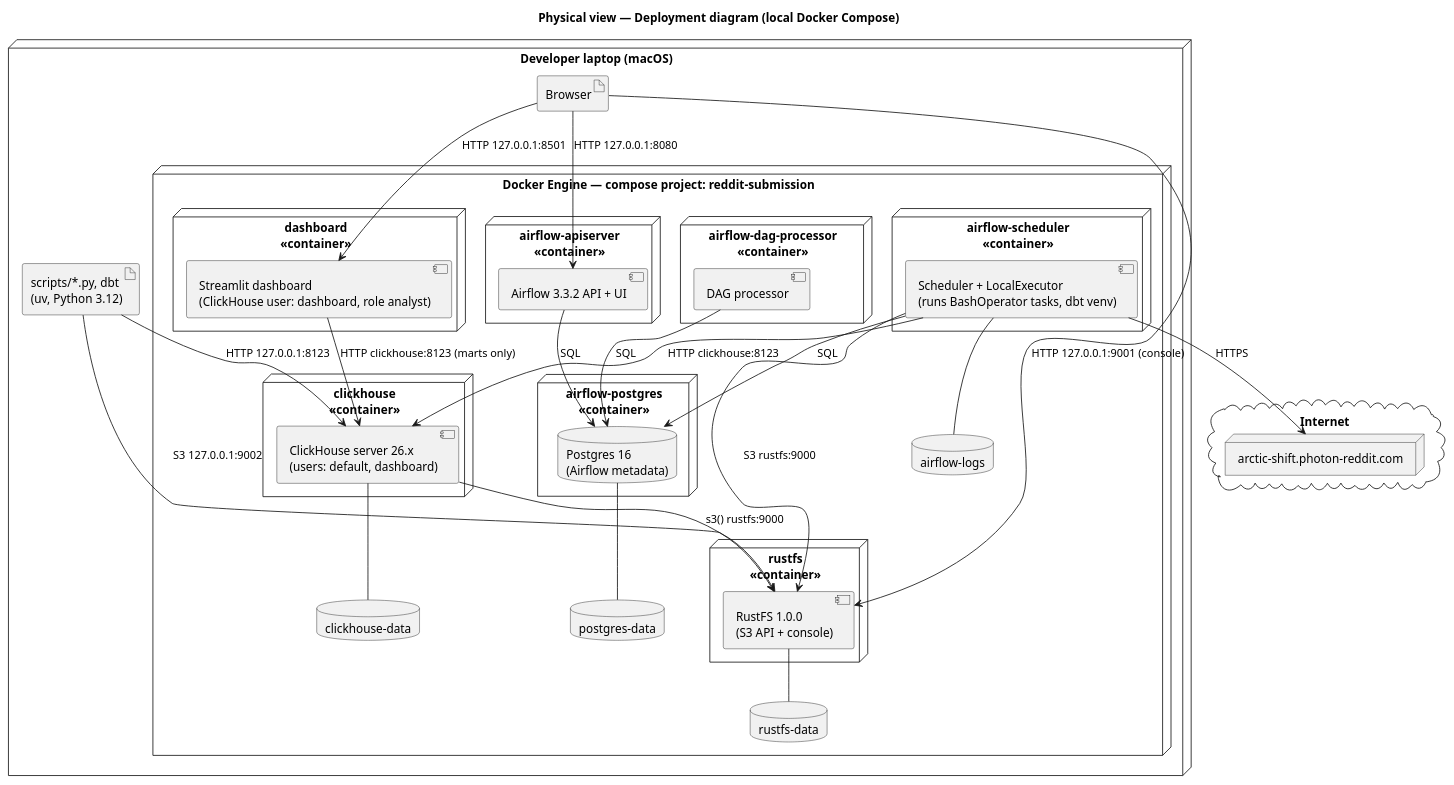
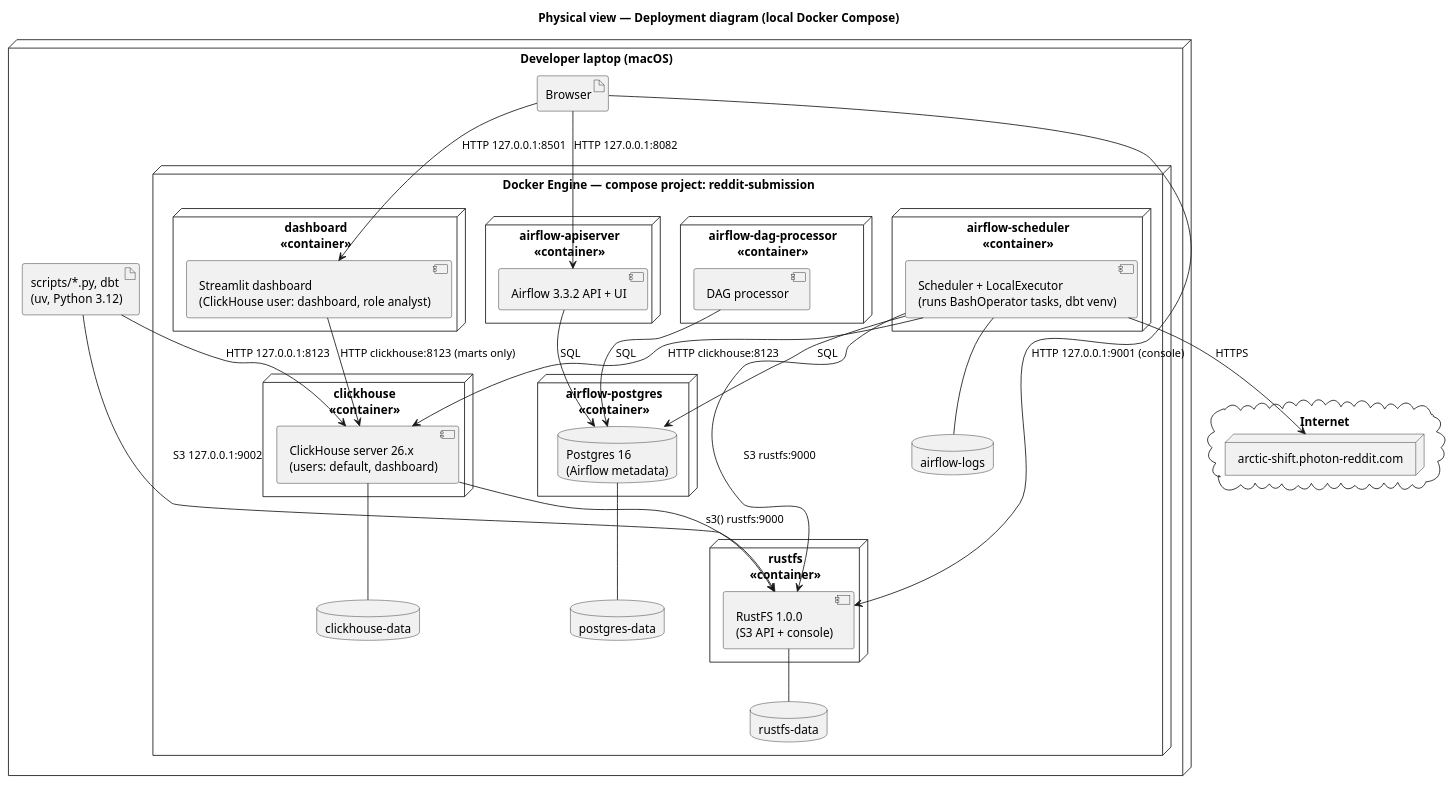
Before and after one commit to modsomjeed/reddit-dataeng: the diagram in docs/architecture/diagrams/deployment.puml, drawn with PlantUML. The commit also changed 5 other files, not shown here.

```diff
--- a/docs/architecture/diagrams/deployment.puml
+++ b/docs/architecture/diagrams/deployment.puml
@@ -1,60 +1,60 @@
 @startuml deployment
 title Physical view — Deployment diagram (local Docker Compose)
 skinparam shadowing false
 
 node "Developer laptop (macOS)" as laptop {
   artifact "Browser" as browser
   artifact "scripts/*.py, dbt\n(uv, Python 3.12)" as hostcli
 
   node "Docker Engine — compose project: reddit-submission" as docker {
     node "clickhouse\n<<container>>" as ch {
       component "ClickHouse server 26.x\n(users: default, dashboard)" as chs
     }
     node "rustfs\n<<container>>" as rustfs {
       component "RustFS 1.0.0\n(S3 API + console)" as rfs
     }
     node "airflow-apiserver\n<<container>>" as api {
       component "Airflow 3.3.2 API + UI" as apis
     }
     node "airflow-scheduler\n<<container>>" as sched {
       component "Scheduler + LocalExecutor\n(runs BashOperator tasks, dbt venv)" as scheds
     }
     node "airflow-dag-processor\n<<container>>" as dagp {
       component "DAG processor" as dagps
     }
     node "dashboard\n<<container>>" as dash {
       component "Streamlit dashboard\n(ClickHouse user: dashboard, role analyst)" as dashs
     }
     node "airflow-postgres\n<<container>>" as pg {
       database "Postgres 16\n(Airflow metadata)" as pgdb
     }
     database "clickhouse-data" as vch
     database "rustfs-data" as vrfs
     database "postgres-data" as vpg
     database "airflow-logs" as vlogs
   }
 }
 
 cloud "Internet" {
   node "arctic-shift.photon-reddit.com" as arctic
 }
 
 chs -- vch
 rfs -- vrfs
 pgdb -- vpg
 scheds -- vlogs
 
-browser --> apis : "HTTP 127.0.0.1:8080"
+browser --> apis : "HTTP 127.0.0.1:8082"
 browser --> dashs : "HTTP 127.0.0.1:8501"
 dashs --> chs : "HTTP clickhouse:8123 (marts only)"
 browser --> rfs : "HTTP 127.0.0.1:9001 (console)"
 hostcli --> chs : "HTTP 127.0.0.1:8123"
 hostcli --> rfs : "S3 127.0.0.1:9002"
 scheds --> arctic : "HTTPS"
 scheds --> rfs : "S3 rustfs:9000"
 scheds --> chs : "HTTP clickhouse:8123"
 chs --> rfs : "s3() rustfs:9000"
 scheds --> pgdb : "SQL"
 apis --> pgdb : "SQL"
 dagps --> pgdb : "SQL"
 @enduml
```
